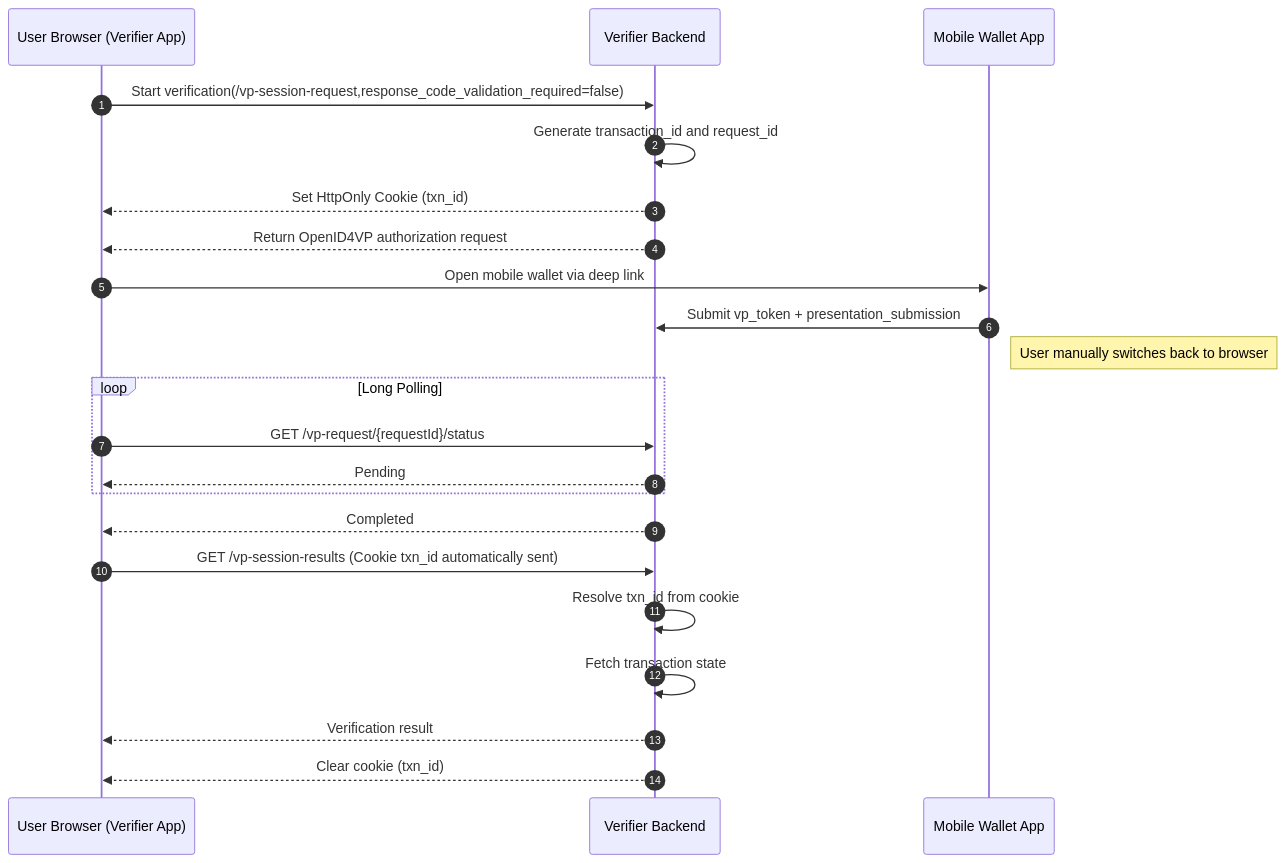
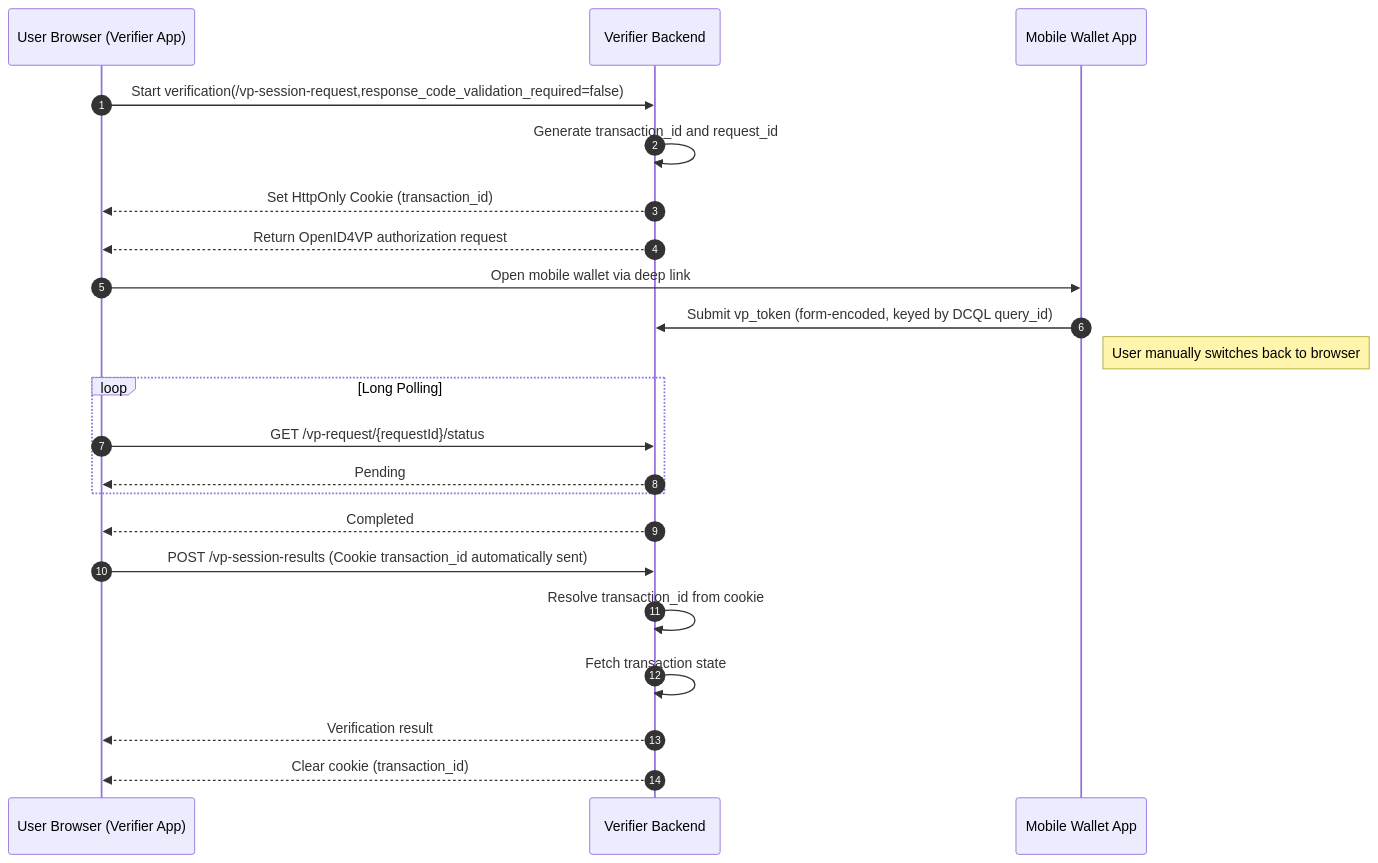
The second of 3 diagrams in inji-verify-sdk/README.md (srikanth716/inji-verify), drawn with Mermaid before and after one commit. The commit also changed other lines of this file and 42 other files, not shown here.

````diff
--- a/inji-verify-sdk/README.md
+++ b/inji-verify-sdk/README.md
@@ -431,34 +397,34 @@
 ```mermaid
 sequenceDiagram
     autonumber
     participant UserBrowser as User Browser (Verifier App)
     participant VerifierBackend as Verifier Backend
     participant MobileWallet as Mobile Wallet App
 
     UserBrowser->>VerifierBackend: Start verification(/vp-session-request,response_code_validation_required=false)
 
     VerifierBackend->>VerifierBackend: Generate transaction_id and request_id
-    VerifierBackend-->>UserBrowser: Set HttpOnly Cookie (txn_id)
+    VerifierBackend-->>UserBrowser: Set HttpOnly Cookie (transaction_id)
     VerifierBackend-->>UserBrowser: Return OpenID4VP authorization request
 
     UserBrowser->>MobileWallet: Open mobile wallet via deep link
 
-    MobileWallet->>VerifierBackend: Submit vp_token + presentation_submission
+    MobileWallet->>VerifierBackend: Submit vp_token (form-encoded, keyed by DCQL query_id)
 
     Note right of MobileWallet: User manually switches back to browser
 
     loop Long Polling
         UserBrowser->>VerifierBackend: GET /vp-request/{requestId}/status
         VerifierBackend-->>UserBrowser: Pending
     end
 
     VerifierBackend-->>UserBrowser: Completed
 
-    UserBrowser->>VerifierBackend: GET /vp-session-results (Cookie txn_id automatically sent)
+    UserBrowser->>VerifierBackend: POST /vp-session-results (Cookie transaction_id automatically sent)
 
-    VerifierBackend->>VerifierBackend: Resolve txn_id from cookie
+    VerifierBackend->>VerifierBackend: Resolve transaction_id from cookie
     VerifierBackend->>VerifierBackend: Fetch transaction state
 
     VerifierBackend-->>UserBrowser: Verification result
-    VerifierBackend-->>UserBrowser: Clear cookie (txn_id)
+    VerifierBackend-->>UserBrowser: Clear cookie (transaction_id)
 ```
````
